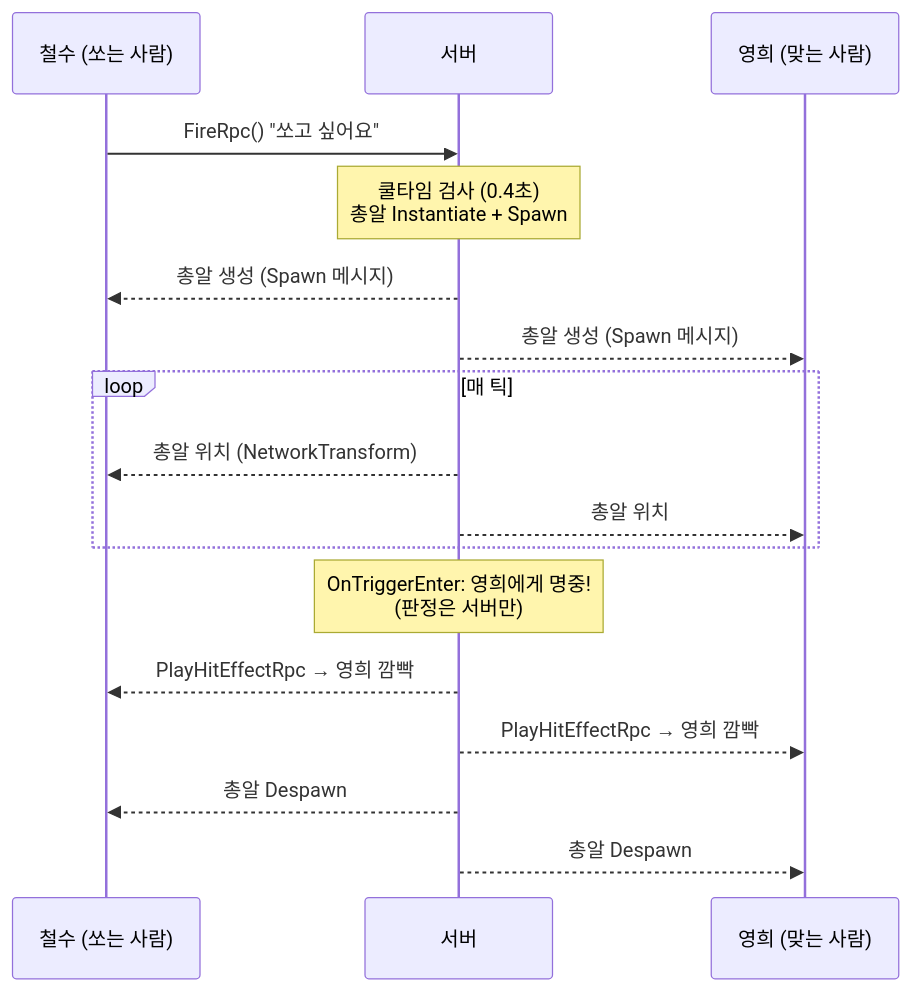
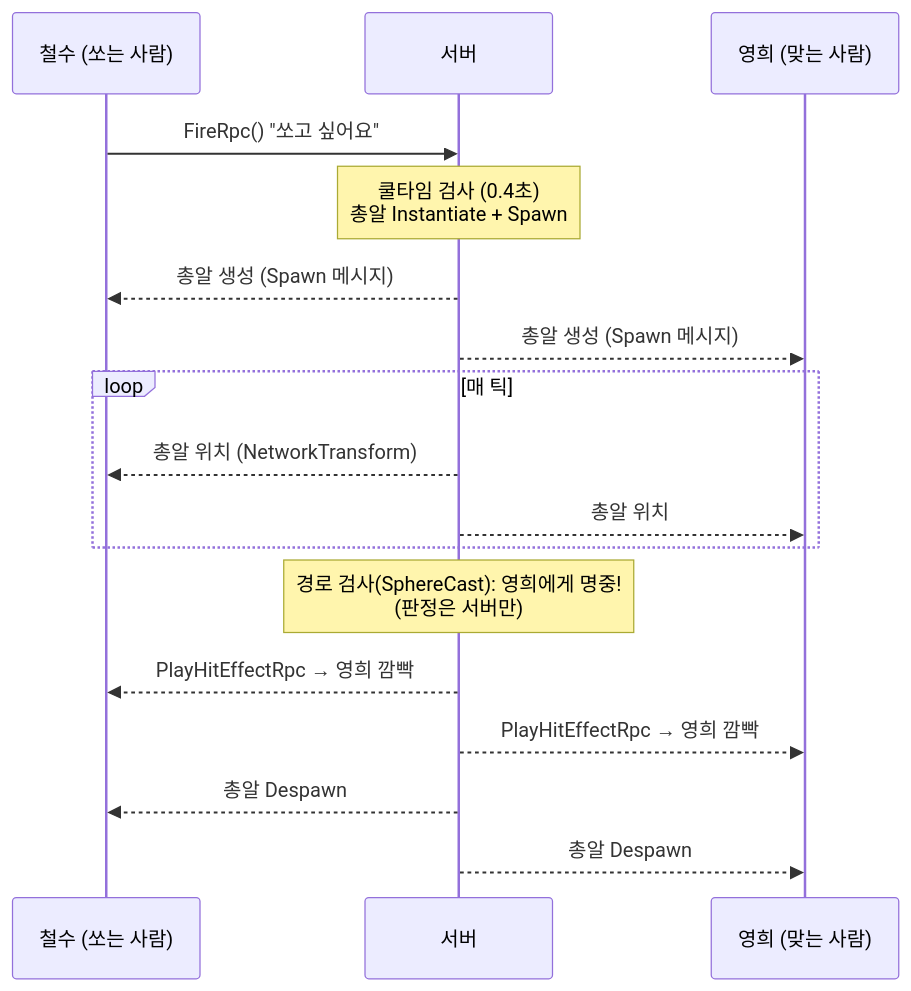
Before and after one commit to jes79/unity-network-lesson: the diagram in docs/03-rpc.md, drawn with Mermaid. The commit also changed other lines of this file and 19 other files, not shown here.

Commit message:
ch07: 코드 리뷰 반영 — RPC 권한(Server), NaN 입력 검증, 총알 경로 검사(SphereCast), 부활 순서, 예측 규칙 일치, 접속 방식 잠금, 문서 정정 + 07장

````diff
--- a/docs/03-rpc.md
+++ b/docs/03-rpc.md
@@ -29,19 +29,19 @@
 ```mermaid
 sequenceDiagram
     participant A as 철수 (쏘는 사람)
     participant S as 서버
     participant B as 영희 (맞는 사람)
     A->>S: FireRpc() "쏘고 싶어요"
     Note over S: 쿨타임 검사 (0.4초)<br/>총알 Instantiate + Spawn
     S-->>A: 총알 생성 (Spawn 메시지)
     S-->>B: 총알 생성 (Spawn 메시지)
     loop 매 틱
         S-->>A: 총알 위치 (NetworkTransform)
         S-->>B: 총알 위치
     end
-    Note over S: OnTriggerEnter: 영희에게 명중!<br/>(판정은 서버만)
+    Note over S: 경로 검사(SphereCast): 영희에게 명중!<br/>(판정은 서버만)
     S-->>A: PlayHitEffectRpc → 영희 깜빡
     S-->>B: PlayHitEffectRpc → 영희 깜빡
     S-->>A: 총알 Despawn
     S-->>B: 총알 Despawn
 ```
````
